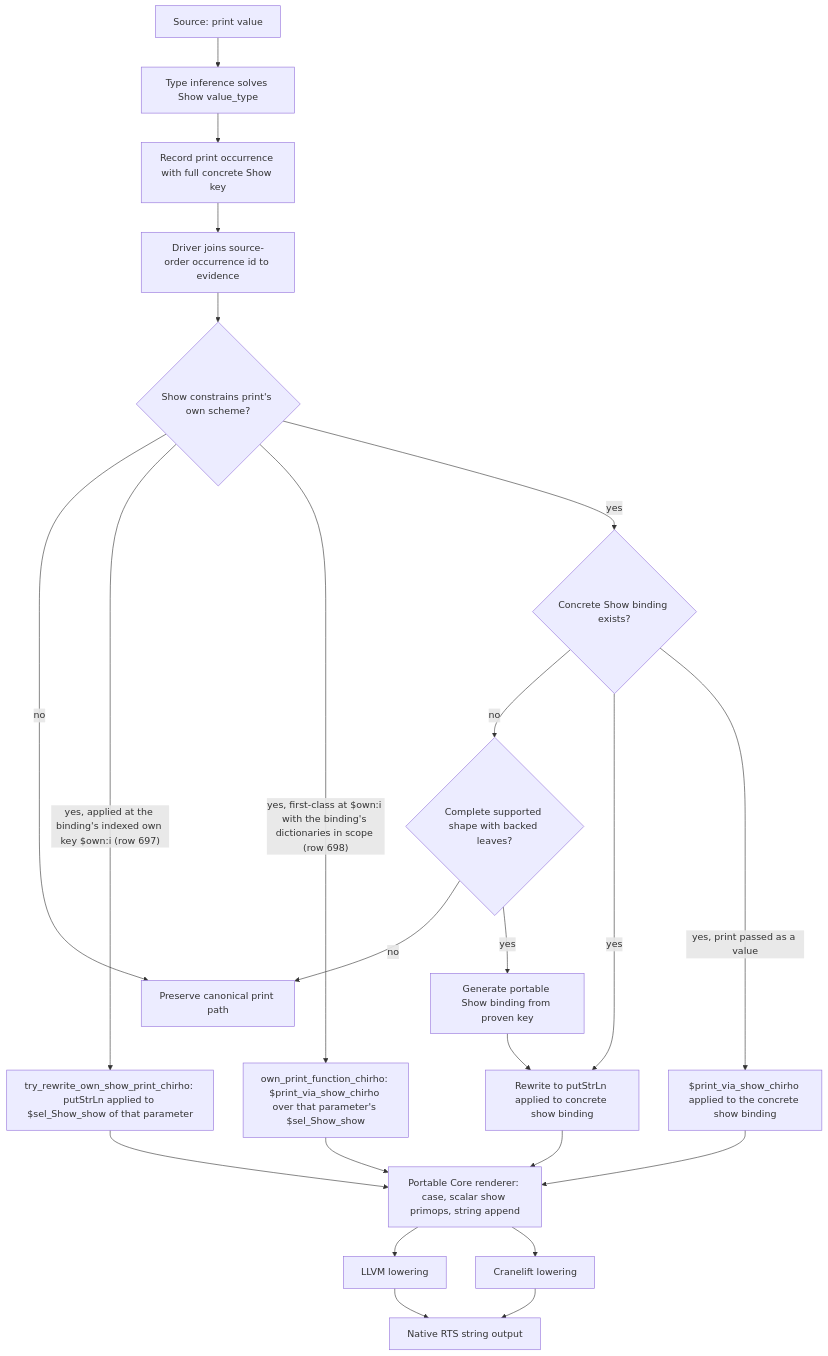
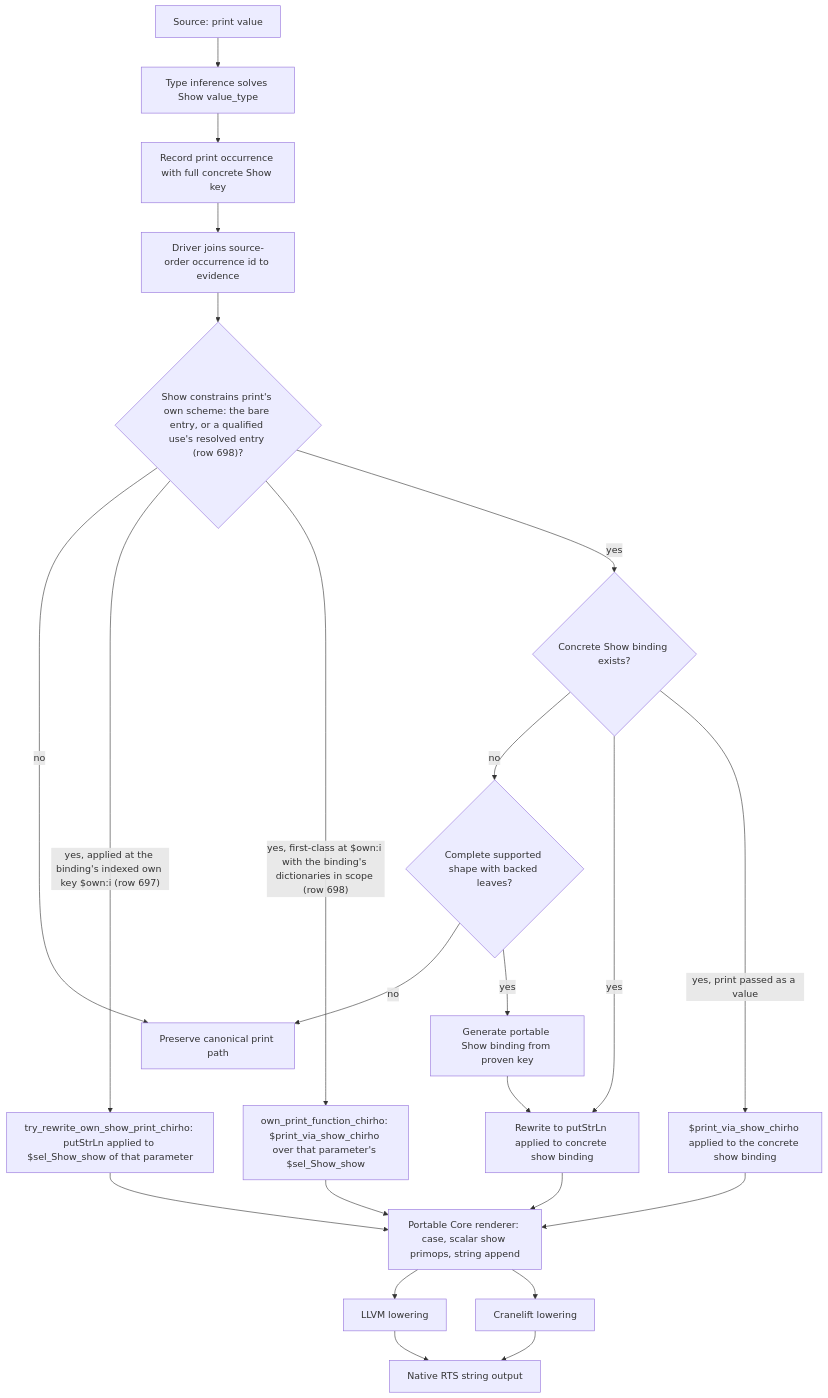
One commit to loveJesus/haskelujah-chirho changed the first of 3 diagrams in spec-chirho/workflows-chirho/print-show-evidence-chirho.md. Above: the diagram before and after it, drawn with Mermaid. The commit also changed other lines of this file and 11 other files, not shown here.

````diff
--- a/spec-chirho/workflows-chirho/print-show-evidence-chirho.md
+++ b/spec-chirho/workflows-chirho/print-show-evidence-chirho.md
@@ -10,25 +10,25 @@
 ```mermaid
 flowchart TD
     source_chirho[Source: print value] --> infer_chirho[Type inference solves Show value_type]
     infer_chirho --> occurrence_chirho[Record print occurrence with full concrete Show key]
     occurrence_chirho --> join_chirho[Driver joins source-order occurrence id to evidence]
-    join_chirho --> validate_chirho{Show constrains print's own scheme?}
+    join_chirho --> validate_chirho{"Show constrains print's own scheme: the bare entry, or a qualified use's resolved entry (row 698)?"}
     validate_chirho -->|no| fallback_chirho[Preserve canonical print path]
     validate_chirho -->|"yes, applied at the binding's indexed own key $own:i (row 697)"| own_show_chirho["try_rewrite_own_show_print_chirho: putStrLn applied to $sel_Show_show of that parameter"]
     own_show_chirho --> core_show_chirho
     validate_chirho -->|"yes, first-class at $own:i with the binding's dictionaries in scope (row 698)"| own_first_class_chirho["own_print_function_chirho: $print_via_show_chirho over that parameter's $sel_Show_show"]
     own_first_class_chirho --> core_show_chirho
     validate_chirho -->|yes| instance_chirho{Concrete Show binding exists?}
     instance_chirho -->|no| materialize_chirho{Complete supported shape with backed leaves?}
     materialize_chirho -->|no| fallback_chirho
     materialize_chirho -->|yes| generate_chirho[Generate portable Show binding from proven key]
     generate_chirho --> rewrite_chirho
     instance_chirho -->|yes| rewrite_chirho[Rewrite to putStrLn applied to concrete show binding]
     instance_chirho -->|yes, print passed as a value| first_class_chirho["$print_via_show_chirho applied to the concrete show binding"]
     first_class_chirho --> core_show_chirho
     rewrite_chirho --> core_show_chirho[Portable Core renderer: case, scalar show primops, string append]
     core_show_chirho --> llvm_chirho[LLVM lowering]
     core_show_chirho --> cranelift_chirho[Cranelift lowering]
     llvm_chirho --> rts_chirho[Native RTS string output]
     cranelift_chirho --> rts_chirho
 ```
````
